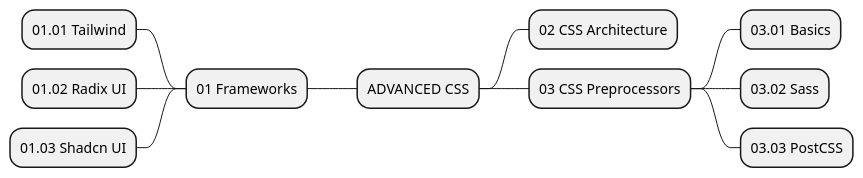
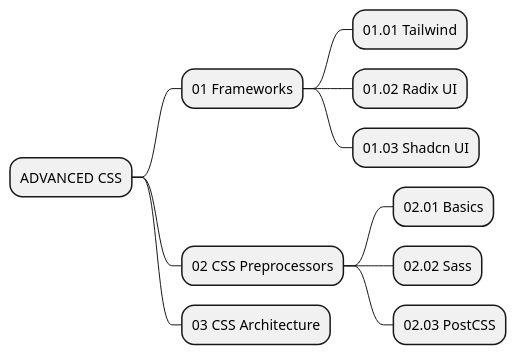
The diagram in diagrams/08-Advanced-CSS.iuml (mrPronin/edu-web), drawn with PlantUML before and after one commit. The commit also changed 7 other files, not shown here.

```diff
--- a/diagrams/08-Advanced-CSS.iuml
+++ b/diagrams/08-Advanced-CSS.iuml
@@ -1,21 +1,21 @@
 @startmindmap ADVANCED CSS
 <style>
 node {
     MaximumWidth 150
-    HorizontalAlignment left
+    HorizontalAlignment center
 }
 </style>
 
 + ADVANCED CSS
--- 01 Frameworks
---- 01.01 Tailwind
---- 01.02 Radix UI
---- 01.03 Shadcn UI
-++ 02 CSS Architecture
-++ 03 CSS Preprocessors
-+++ 03.01 Basics
-+++ 03.02 Sass
-+++ 03.03 PostCSS
+++ 01 Frameworks
++++ 01.01 Tailwind
++++ 01.02 Radix UI
++++ 01.03 Shadcn UI
+++ 02 CSS Preprocessors
++++ 02.01 Basics
++++ 02.02 Sass
++++ 02.03 PostCSS
+++ 03 CSS Architecture
 
 
 @endmindmap
```
